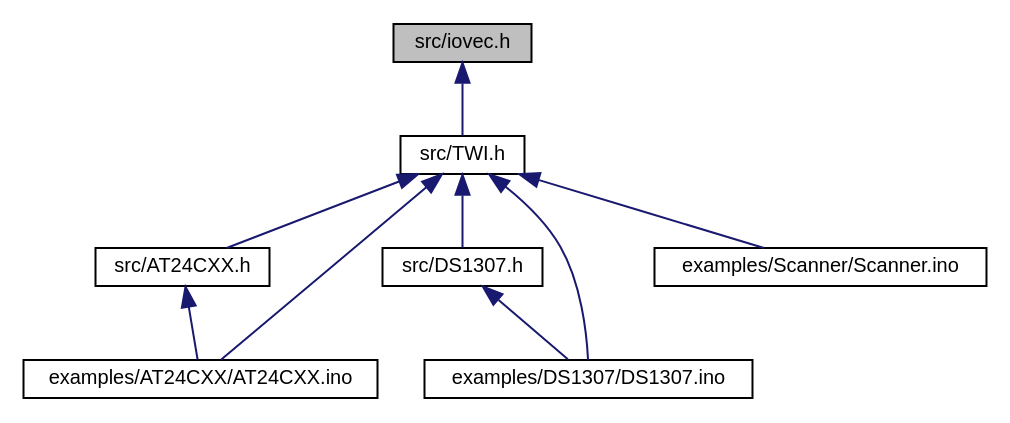
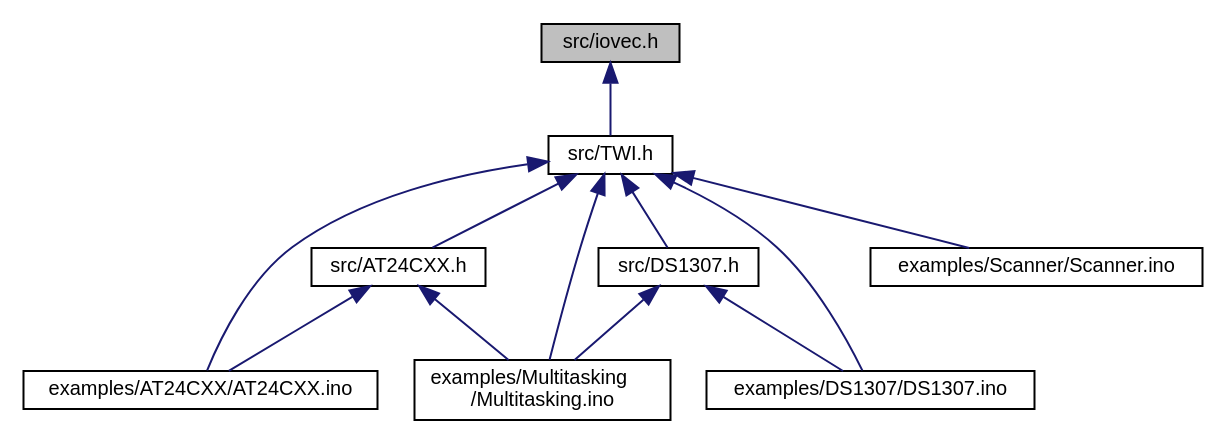
Before and after one commit to mikaelpatel/mikaelpatel.github.io: the diagram in Arduino-TWI/d0/db4/iovec_8h__dep__incl.dot, drawn with Graphviz. The commit also changed 170 other files, not shown here.

```diff
--- a/Arduino-TWI/d0/db4/iovec_8h__dep__incl.dot
+++ b/Arduino-TWI/d0/db4/iovec_8h__dep__incl.dot
@@ -1,20 +1,24 @@
 digraph "src/iovec.h"
 {
   edge [fontname="Helvetica",fontsize="10",labelfontname="Helvetica",labelfontsize="10"];
   node [fontname="Helvetica",fontsize="10",shape=record];
   Node1 [label="src/iovec.h",height=0.2,width=0.4,color="black", fillcolor="grey75", style="filled", fontcolor="black"];
   Node1 -> Node2 [dir="back",color="midnightblue",fontsize="10",style="solid",fontname="Helvetica"];
   Node2 [label="src/TWI.h",height=0.2,width=0.4,color="black", fillcolor="white", style="filled",URL="$d7/d67/TWI_8h.html"];
   Node2 -> Node3 [dir="back",color="midnightblue",fontsize="10",style="solid",fontname="Helvetica"];
   Node3 [label="src/AT24CXX.h",height=0.2,width=0.4,color="black", fillcolor="white", style="filled",URL="$db/d0b/AT24CXX_8h.html"];
   Node3 -> Node4 [dir="back",color="midnightblue",fontsize="10",style="solid",fontname="Helvetica"];
   Node4 [label="examples/AT24CXX/AT24CXX.ino",height=0.2,width=0.4,color="black", fillcolor="white", style="filled",URL="$de/d62/AT24CXX_8ino.html"];
+  Node3 -> Node5 [dir="back",color="midnightblue",fontsize="10",style="solid",fontname="Helvetica"];
+  Node5 [label="examples/Multitasking\l/Multitasking.ino",height=0.2,width=0.4,color="black", fillcolor="white", style="filled",URL="$d0/df3/Multitasking_8ino.html"];
+  Node2 -> Node6 [dir="back",color="midnightblue",fontsize="10",style="solid",fontname="Helvetica"];
+  Node6 [label="src/DS1307.h",height=0.2,width=0.4,color="black", fillcolor="white", style="filled",URL="$de/dba/DS1307_8h.html"];
+  Node6 -> Node7 [dir="back",color="midnightblue",fontsize="10",style="solid",fontname="Helvetica"];
+  Node7 [label="examples/DS1307/DS1307.ino",height=0.2,width=0.4,color="black", fillcolor="white", style="filled",URL="$d3/d10/DS1307_8ino.html"];
+  Node6 -> Node5 [dir="back",color="midnightblue",fontsize="10",style="solid",fontname="Helvetica"];
+  Node2 -> Node4 [dir="back",color="midnightblue",fontsize="10",style="solid",fontname="Helvetica"];
+  Node2 -> Node7 [dir="back",color="midnightblue",fontsize="10",style="solid",fontname="Helvetica"];
   Node2 -> Node5 [dir="back",color="midnightblue",fontsize="10",style="solid",fontname="Helvetica"];
-  Node5 [label="src/DS1307.h",height=0.2,width=0.4,color="black", fillcolor="white", style="filled",URL="$de/dba/DS1307_8h.html"];
-  Node5 -> Node6 [dir="back",color="midnightblue",fontsize="10",style="solid",fontname="Helvetica"];
-  Node6 [label="examples/DS1307/DS1307.ino",height=0.2,width=0.4,color="black", fillcolor="white", style="filled",URL="$d3/d10/DS1307_8ino.html"];
-  Node2 -> Node4 [dir="back",color="midnightblue",fontsize="10",style="solid",fontname="Helvetica"];
-  Node2 -> Node6 [dir="back",color="midnightblue",fontsize="10",style="solid",fontname="Helvetica"];
-  Node2 -> Node7 [dir="back",color="midnightblue",fontsize="10",style="solid",fontname="Helvetica"];
-  Node7 [label="examples/Scanner/Scanner.ino",height=0.2,width=0.4,color="black", fillcolor="white", style="filled",URL="$dd/da4/Scanner_8ino.html"];
+  Node2 -> Node8 [dir="back",color="midnightblue",fontsize="10",style="solid",fontname="Helvetica"];
+  Node8 [label="examples/Scanner/Scanner.ino",height=0.2,width=0.4,color="black", fillcolor="white", style="filled",URL="$dd/da4/Scanner_8ino.html"];
 }
```
